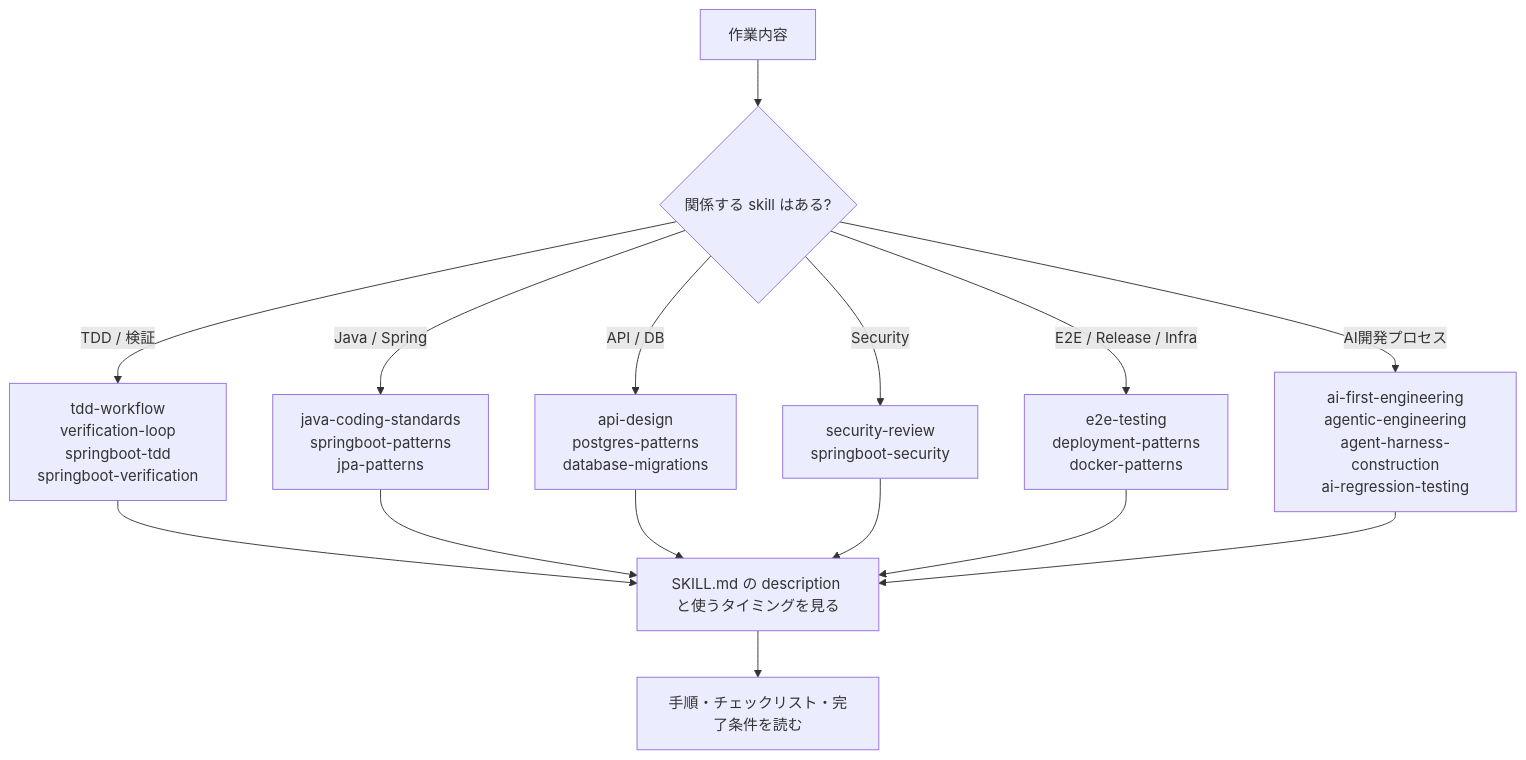
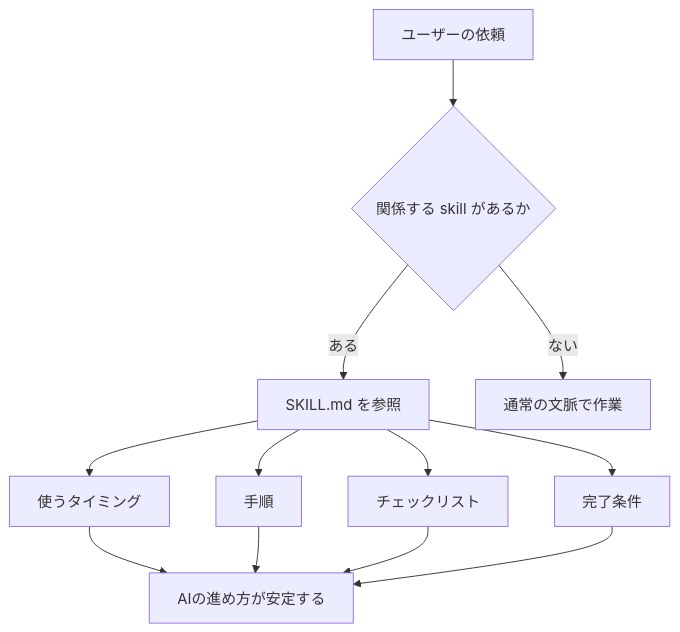
The first of 2 diagrams in eçverything-claude-code/.github/skills/README.md (k-iizuka000/copilot-sample), drawn with Mermaid before and after one commit. The commit also changed other lines of this file and 3 other files, not shown here.

````diff
--- a/eçverything-claude-code/.github/skills/README.md
+++ b/eçverything-claude-code/.github/skills/README.md
@@ -9,17 +11,14 @@
 ```mermaid
 flowchart TD
-    A[作業内容] --> B{関係する skill はある?}
-    B -->|TDD / 検証| C[tdd-workflow<br/>verification-loop<br/>springboot-tdd<br/>springboot-verification]
-    B -->|Java / Spring| D[java-coding-standards<br/>springboot-patterns<br/>jpa-patterns]
-    B -->|API / DB| E[api-design<br/>postgres-patterns<br/>database-migrations]
-    B -->|Security| F[security-review<br/>springboot-security]
-    B -->|E2E / Release / Infra| G[e2e-testing<br/>deployment-patterns<br/>docker-patterns]
-    B -->|AI開発プロセス| H[ai-first-engineering<br/>agentic-engineering<br/>agent-harness-construction<br/>ai-regression-testing]
-    C --> I[SKILL.md の description と使うタイミングを見る]
-    D --> I
-    E --> I
+    A[ユーザーの依頼] --> B{関係する skill があるか}
+    B -->|ある| C[SKILL.md を参照]
+    B -->|ない| D[通常の文脈で作業]
+    C --> E[使うタイミング]
+    C --> F[手順]
+    C --> G[チェックリスト]
+    C --> H[完了条件]
+    E --> I[AIの進め方が安定する]
     F --> I
     G --> I
     H --> I
-    I --> J[手順・チェックリスト・完了条件を読む]
 ```
````
